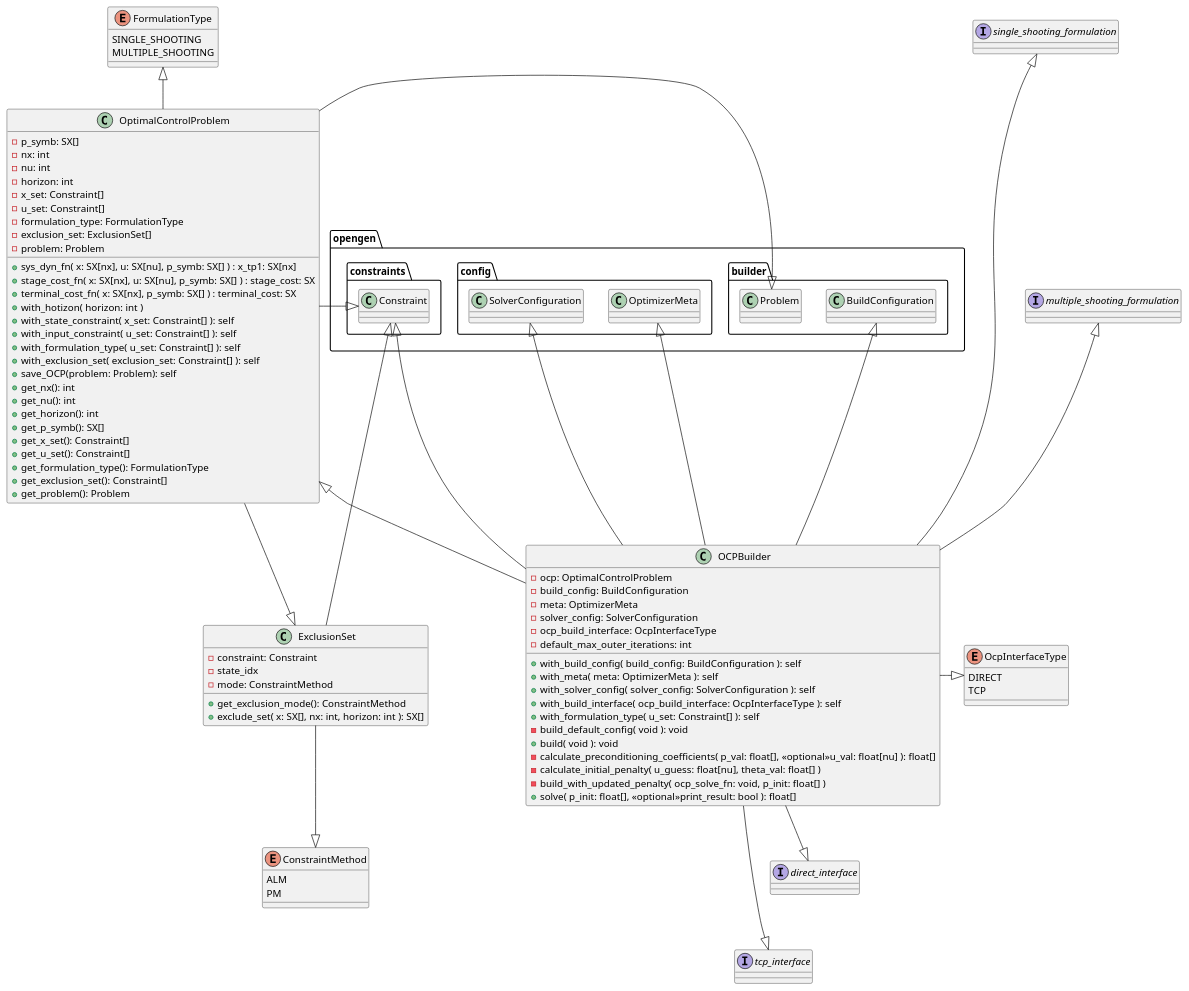
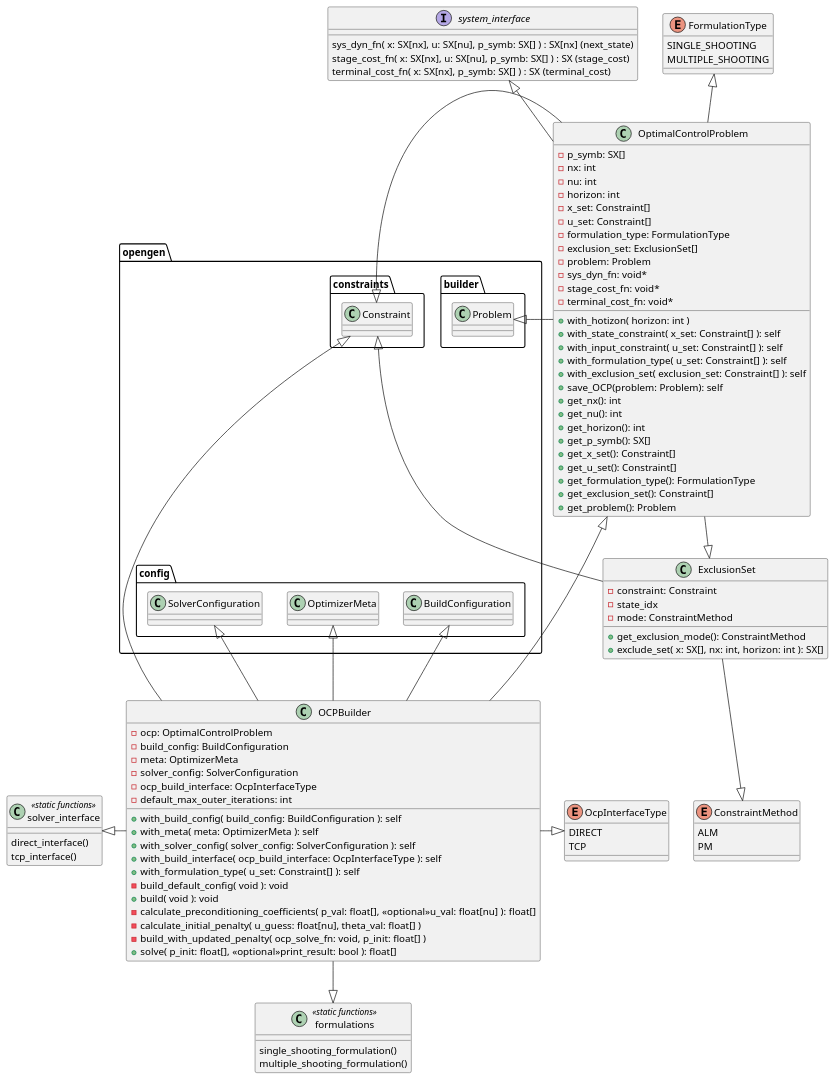
The diagram in design/ocp_class_diagram.puml (alphaville/optimization-engine), drawn with PlantUML before and after one commit.

Commit message:
Design update

```diff
--- a/design/ocp_class_diagram.puml
+++ b/design/ocp_class_diagram.puml
@@ -1,108 +1,118 @@
 @startuml
 ''https://plantuml.com/class-diagram
 ''https://www.youtube.com/watch?v=UI6lqHOVHic
 
 class OCPBuilder{
     - ocp: OptimalControlProblem
     - build_config: BuildConfiguration
     - meta: OptimizerMeta
     - solver_config: SolverConfiguration
     - ocp_build_interface: OcpInterfaceType
     - default_max_outer_iterations: int
     + with_build_config( build_config: BuildConfiguration ): self
     + with_meta( meta: OptimizerMeta ): self
     + with_solver_config( solver_config: SolverConfiguration ): self
     + with_build_interface( ocp_build_interface: OcpInterfaceType ): self
     + with_formulation_type( u_set: Constraint[] ): self
     - build_default_config( void ): void
     + build( void ): void
     - calculate_preconditioning_coefficients( p_val: float[], <<optional>>u_val: float[nu] ): float[]
     - calculate_initial_penalty( u_guess: float[nu], theta_val: float[] )
     - build_with_updated_penalty( ocp_solve_fn: void, p_init: float[] )
     + solve( p_init: float[], <<optional>>print_result: bool ): float[]
 }
 
+interface system_interface {
+    sys_dyn_fn( x: SX[nx], u: SX[nu], p_symb: SX[] ) : SX[nx] (next_state)
+    stage_cost_fn( x: SX[nx], u: SX[nu], p_symb: SX[] ) : SX (stage_cost)
+    terminal_cost_fn( x: SX[nx], p_symb: SX[] ) : SX (terminal_cost)
+}
 
 enum OcpInterfaceType {
 DIRECT
 TCP
 }
 OcpInterfaceType <|-l- OCPBuilder
-direct_interface <|-u[hidden]- OcpInterfaceType
-tcp_interface <|-u[hidden]- direct_interface
+OcpInterfaceType <|-u[hidden]- ExclusionSet
 
-multiple_shooting_formulation <|-d[hidden]- OcpInterfaceType
-single_shooting_formulation <|-d[hidden]- multiple_shooting_formulation
+class formulations <<static functions>>{
+    single_shooting_formulation()
+    multiple_shooting_formulation()
+}
+formulations <|-u[hidden]- OcpInterfaceType
 
-interface direct_interface
-interface tcp_interface
-direct_interface <|-l- OCPBuilder
-tcp_interface <|- OCPBuilder
+formulations <|-l- OCPBuilder
 
-interface single_shooting_formulation
-interface multiple_shooting_formulation
-single_shooting_formulation <|- OCPBuilder
-multiple_shooting_formulation <|- OCPBuilder
+class solver_interface <<static functions>>{
+    direct_interface()
+    tcp_interface()
+}
+
+solver_interface <|-r[hidden]- formulations
+solver_interface <|- OCPBuilder
 
 class OptimalControlProblem{
     - p_symb: SX[]
     - nx: int
     - nu: int
     - horizon: int
     - x_set: Constraint[]
     - u_set: Constraint[]
     - formulation_type: FormulationType
     - exclusion_set: ExclusionSet[]
     - problem: Problem
-    + sys_dyn_fn( x: SX[nx], u: SX[nu], p_symb: SX[] ) : x_tp1: SX[nx]
-    + stage_cost_fn( x: SX[nx], u: SX[nu], p_symb: SX[] ) : stage_cost: SX
-    + terminal_cost_fn( x: SX[nx], p_symb: SX[] ) : terminal_cost: SX
+    - sys_dyn_fn: void*
+    - stage_cost_fn: void*
+    - terminal_cost_fn: void*
     + with_hotizon( horizon: int )
     + with_state_constraint( x_set: Constraint[] ): self
     + with_input_constraint( u_set: Constraint[] ): self
     + with_formulation_type( u_set: Constraint[] ): self
     + with_exclusion_set( exclusion_set: Constraint[] ): self
     + save_OCP(problem: Problem): self
     + get_nx(): int
     + get_nu(): int
     + get_horizon(): int
     + get_p_symb(): SX[]
     + get_x_set(): Constraint[]
     + get_u_set(): Constraint[]
     + get_formulation_type(): FormulationType
     + get_exclusion_set(): Constraint[]
     + get_problem(): Problem
 }
 
+system_interface <|-r- OptimalControlProblem
 OptimalControlProblem <|-r- OCPBuilder
 
 enum FormulationType {
 SINGLE_SHOOTING
 MULTIPLE_SHOOTING
 }
 FormulationType <|-d- OptimalControlProblem
 
 class ExclusionSet{
     - constraint: Constraint
     - state_idx
     - mode: ConstraintMethod
     + get_exclusion_mode(): ConstraintMethod
     + exclude_set( x: SX[], nx: int, horizon: int ): SX[]
 }
 ExclusionSet <|-u- OptimalControlProblem
 
 enum ConstraintMethod {
 ALM
 PM
 }
 ConstraintMethod <|-u- ExclusionSet
 
 
 opengen.constraints.Constraint<|-u- OptimalControlProblem
 opengen.constraints.Constraint<|-- OCPBuilder
 opengen.constraints.Constraint<|-- ExclusionSet
 opengen.config.SolverConfiguration<|-- OCPBuilder
-opengen.builder.BuildConfiguration<|- OCPBuilder
+opengen.config.BuildConfiguration<|- OCPBuilder
 opengen.config.OptimizerMeta<|- OCPBuilder
 opengen.builder.Problem<|- OptimalControlProblem
+opengen.builder.Problem<|-d[hidden]- opengen.config.OptimizerMeta
+system_interface<|-d[hidden]- opengen.builder.Problem
 @enduml
```
